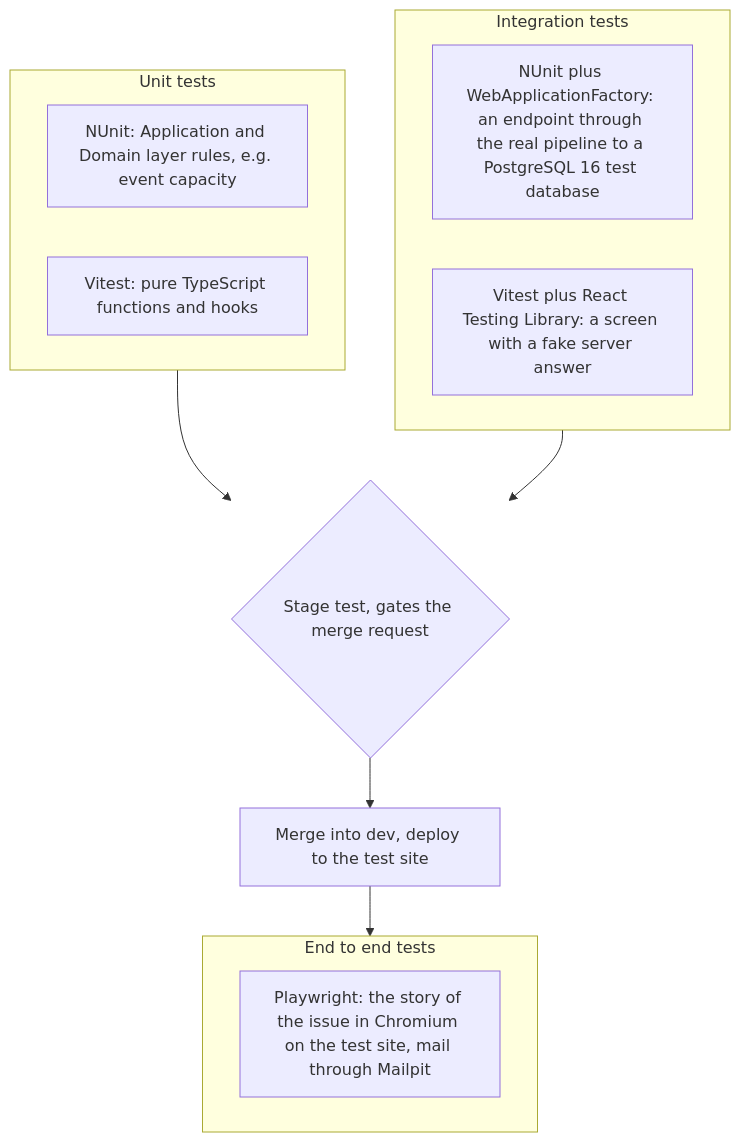
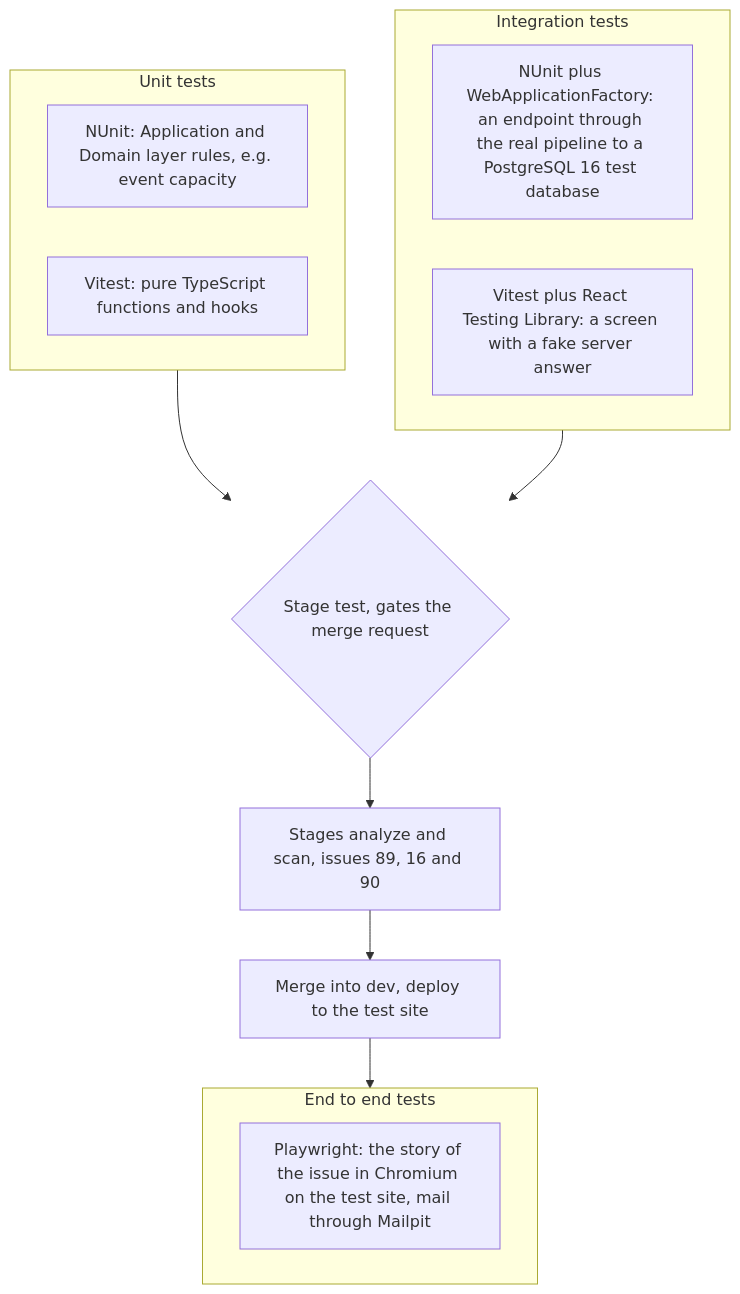
One commit to guruITA/connect-nine changed the diagram in docs/testing/testingStrategy.md. Above: the diagram before and after it, drawn with Mermaid. The commit also changed other lines of this file and 18 other files, not shown here.

Commit message:
docs(docs): add diagrams, the research plan and mark the agreement as a draft (#1)

````diff
--- a/docs/testing/testingStrategy.md
+++ b/docs/testing/testingStrategy.md
@@ -74,18 +76,19 @@
 ```mermaid
 flowchart TB
     subgraph Unit["Unit tests"]
         UnitBE["NUnit: Application and Domain layer rules, e.g. event capacity"]
         UnitFE["Vitest: pure TypeScript functions and hooks"]
     end
     subgraph Integration["Integration tests"]
         IntBE["NUnit plus WebApplicationFactory: an endpoint through the real pipeline to a PostgreSQL 16 test database"]
         IntFE["Vitest plus React Testing Library: a screen with a fake server answer"]
     end
     subgraph E2E["End to end tests"]
         E2EFull["Playwright: the story of the issue in Chromium on the test site, mail through Mailpit"]
     end
     Unit --> MR{"Stage test, gates the merge request"}
     Integration --> MR
-    MR --> Deploy["Merge into dev, deploy to the test site"]
+    MR --> Scan["Stages analyze and scan, issues 89, 16 and 90"]
+    Scan --> Deploy["Merge into dev, deploy to the test site"]
     Deploy --> E2E
 ```
````
